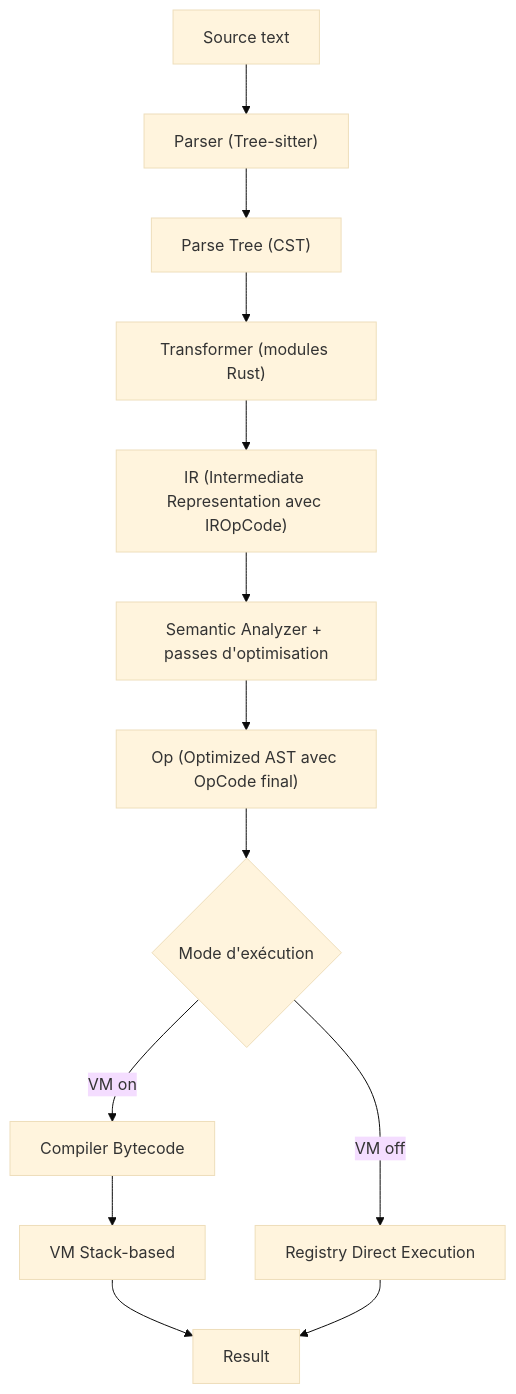
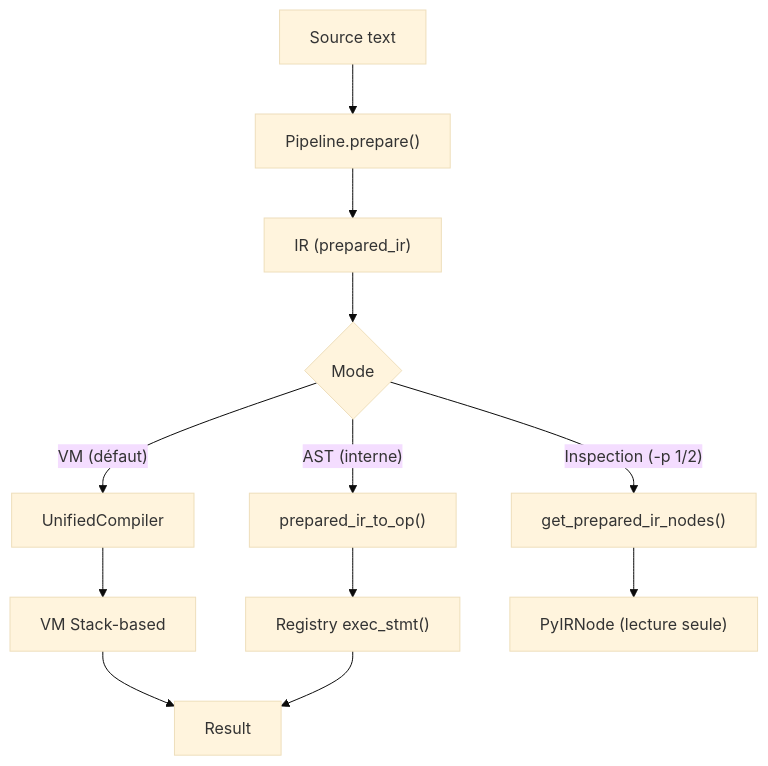
Before and after one commit to aristofor/catnip: the diagram in docs/dev/index.md, drawn with Mermaid (base theme). The commit also changed other lines of this file and 729 other files, not shown here.

````diff
--- a/docs/dev/index.md
+++ b/docs/dev/index.md
@@ -11,17 +11,14 @@
 ```mermaid
 flowchart TD
-    A["Source text"] --> B["Parser (Tree-sitter)"]
-    B --> C["Parse Tree (CST)"]
-    C --> D["Transformer (modules Rust)"]
-    D --> E["IR (Intermediate Representation avec IROpCode)"]
-    E --> F["Semantic Analyzer + passes d'optimisation"]
-    F --> G["Op (Optimized AST avec OpCode final)"]
-
-    G --> H{"Mode d'exécution"}
-    H -->|"VM on"| I["Compiler Bytecode"]
-    I --> J["VM Stack-based"]
-    J --> K["Result"]
-
-    H -->|"VM off"| L["Registry Direct Execution"]
-    L --> K
+    A["Source text"] --> B["Pipeline.prepare()"]
+    B --> C["IR (prepared_ir)"]
+    C --> D{"Mode"}
+    D -->|"VM (défaut)"| E["UnifiedCompiler"]
+    E --> F["VM Stack-based"]
+    F --> G["Result"]
+    D -->|"AST (interne)"| H["prepared_ir_to_op()"]
+    H --> I["Registry exec_stmt()"]
+    I --> G
+    D -->|"Inspection (-p 1/2)"| K["get_prepared_ir_nodes()"]
+    K --> L["PyIRNode (lecture seule)"]
 ```
````
